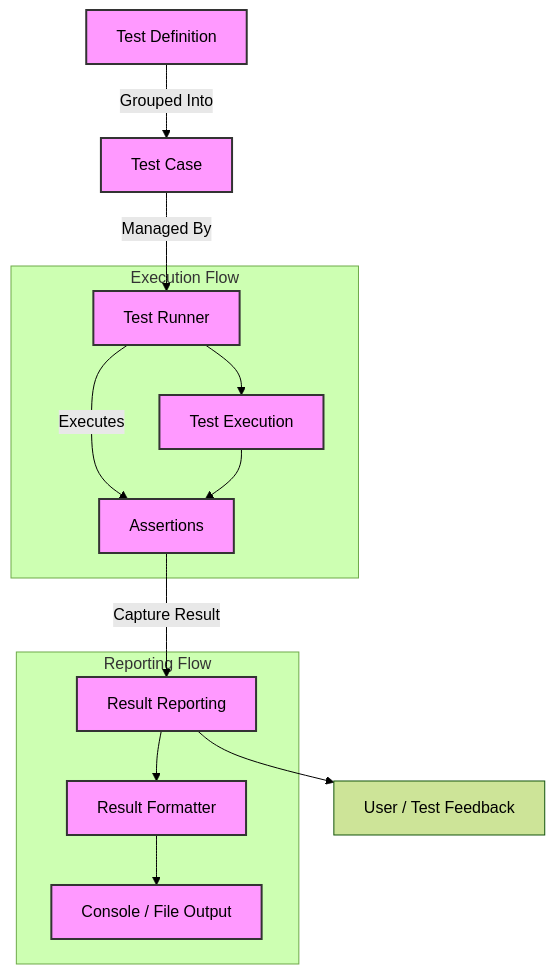
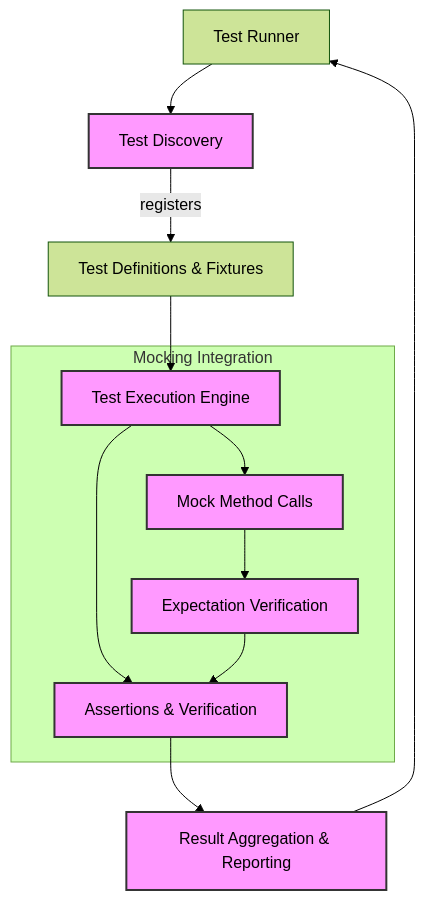
The diagram in overview/architecture-concepts/architecture-overview.mdx (clidey/docucod-public-project-869ef7c3-7eff-4ad2-9765-2698303f14d7), drawn with Mermaid (forest theme) before and after one commit. The commit also changed other lines of this file and 61 other files, not shown here.

````diff
--- a/overview/architecture-concepts/architecture-overview.mdx
+++ b/overview/architecture-concepts/architecture-overview.mdx
@@ -41,21 +48,20 @@
 ```mermaid
 flowchart TD
-  TDef["Test Definition"] -->|Grouped Into| TCase["Test Case"]
-  TCase -->|Managed By| TRunner["Test Runner"]
-  TRunner -->|Executes| Assertion["Assertions"]
-  Assertion -->|Capture Result| Result["Result Reporting"]
-  Result --> User["User / Test Feedback"]
 
-  subgraph "Execution Flow"
-    TRunner --> Exec[Test Execution]
-    Exec --> Assertion
+  Runner["Test Runner"] --> Discovery["Test Discovery"]
+  Discovery -->|registers| Tests["Test Definitions & Fixtures"]
+  Tests --> Execution["Test Execution Engine"]
+  Execution --> Assertions["Assertions & Verification"]
+  Assertions --> Reporting["Result Aggregation & Reporting"]
+  Reporting --> Runner
+
+  subgraph "Mocking Integration"
+    Execution --> MockCalls["Mock Method Calls"]
+    MockCalls --> Verification["Expectation Verification"]
+    Verification --> Assertions
   end
 
-  subgraph "Reporting Flow"
-    Result --> Formatter["Result Formatter"]
-    Formatter --> Output["Console / File Output"]
-  end
-
-  classDef component fill:#f9f,stroke:#333,stroke-width:2px;
-  class TDef,TCase,TRunner,Assertion,Result,Exec,Formatter,Output component;
+  %% Styling
+  classDef keycomponent fill:#f9f,stroke:#333,stroke-width:2px;
+  class Discovery,Execution,Assertions,Reporting,MockCalls,Verification keycomponent;
 ```
````
